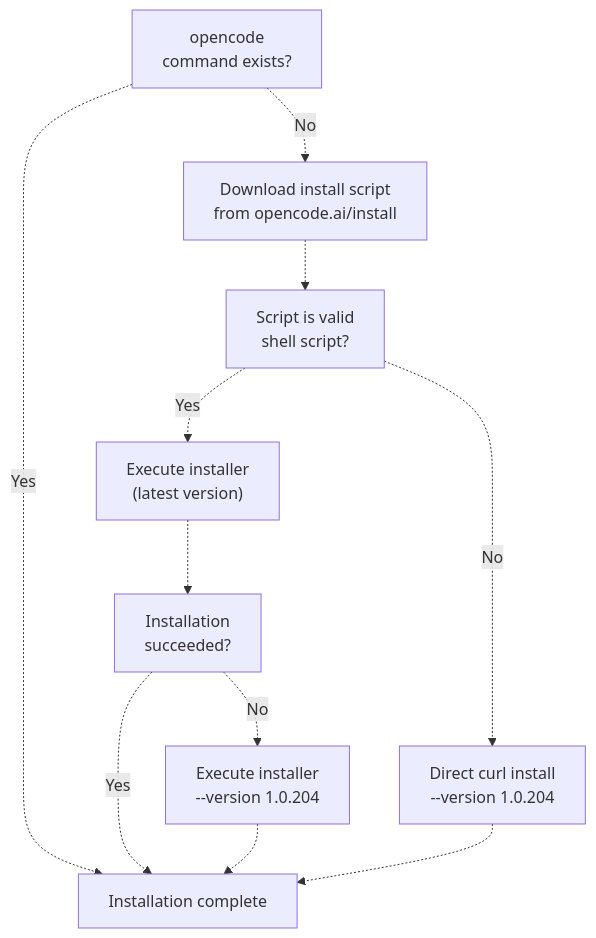
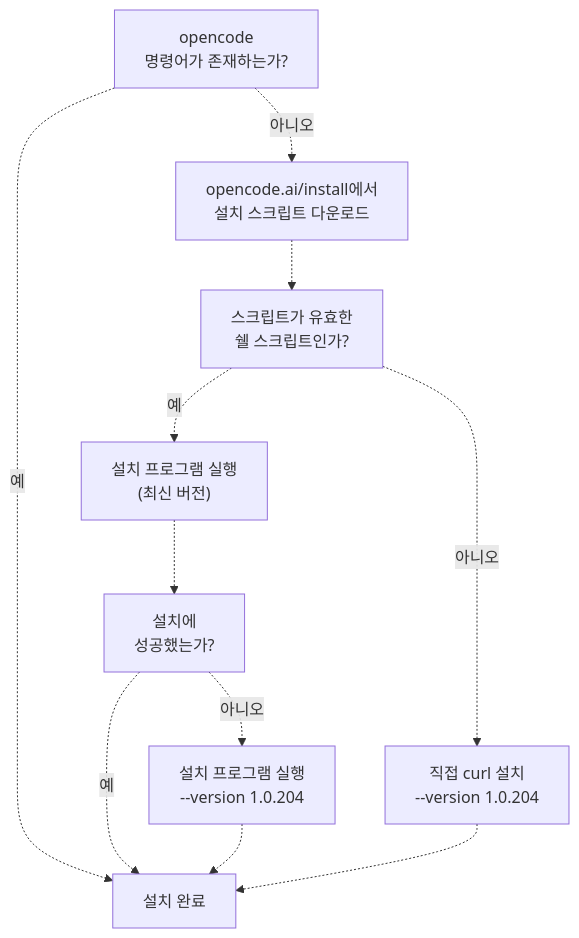
The third of 9 diagrams in docs/automation/sisyphus-agent-workflow.md (felipetruman/oh-my-opencode-docs), drawn with Mermaid before and after one commit. The commit also changed other lines of this file and 76 other files, not shown here.

````diff
--- a/docs/automation/sisyphus-agent-workflow.md
+++ b/docs/automation/sisyphus-agent-workflow.md
@@ -139,23 +129,23 @@
 ```mermaid
 flowchart TD
 
-CheckInstalled["opencode<br>command exists?"]
-DownloadInstaller["Download install script<br>from opencode.ai/install"]
-CheckScript["Script is valid<br>shell script?"]
-RunDefault["Execute installer<br>(latest version)"]
-DefaultSuccess["Installation<br>succeeded?"]
-RunPinned["Execute installer<br>--version 1.0.204"]
-DirectInstall["Direct curl install<br>--version 1.0.204"]
-Complete["Installation complete"]
+CheckInstalled["opencode<br>명령어가 존재하는가?"]
+DownloadInstaller["opencode.ai/install에서<br>설치 스크립트 다운로드"]
+CheckScript["스크립트가 유효한<br>쉘 스크립트인가?"]
+RunDefault["설치 프로그램 실행<br>(최신 버전)"]
+DefaultSuccess["설치에<br>성공했는가?"]
+RunPinned["설치 프로그램 실행<br>--version 1.0.204"]
+DirectInstall["직접 curl 설치<br>--version 1.0.204"]
+Complete["설치 완료"]
 
-CheckInstalled -.->|"Yes"| Complete
-CheckInstalled -.->|"No"| DownloadInstaller
+CheckInstalled -.->|"예"| Complete
+CheckInstalled -.->|"아니오"| DownloadInstaller
 DownloadInstaller -.-> CheckScript
-CheckScript -.->|"No"| DirectInstall
-CheckScript -.->|"Yes"| RunDefault
+CheckScript -.->|"아니오"| DirectInstall
+CheckScript -.->|"예"| RunDefault
 RunDefault -.-> DefaultSuccess
-DefaultSuccess -.->|"Yes"| Complete
-DefaultSuccess -.->|"No"| RunPinned
+DefaultSuccess -.->|"예"| Complete
+DefaultSuccess -.->|"아니오"| RunPinned
 RunPinned -.-> Complete
 DirectInstall -.-> Complete
 ```
````
